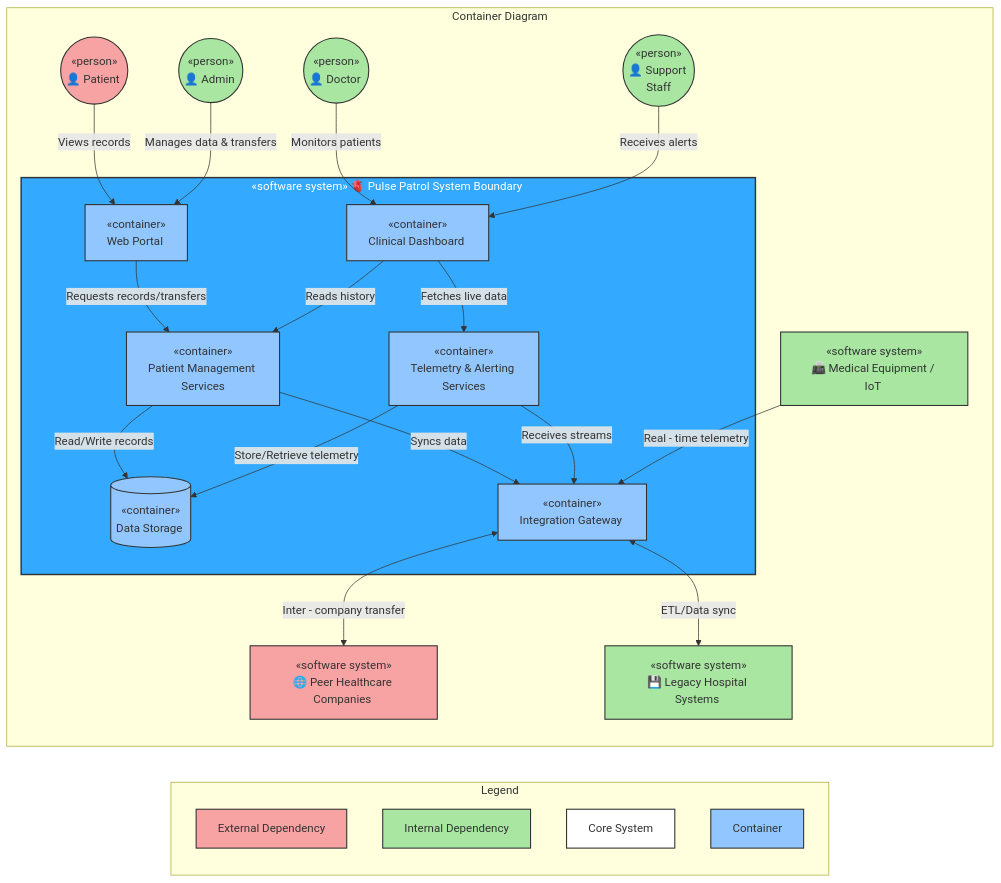
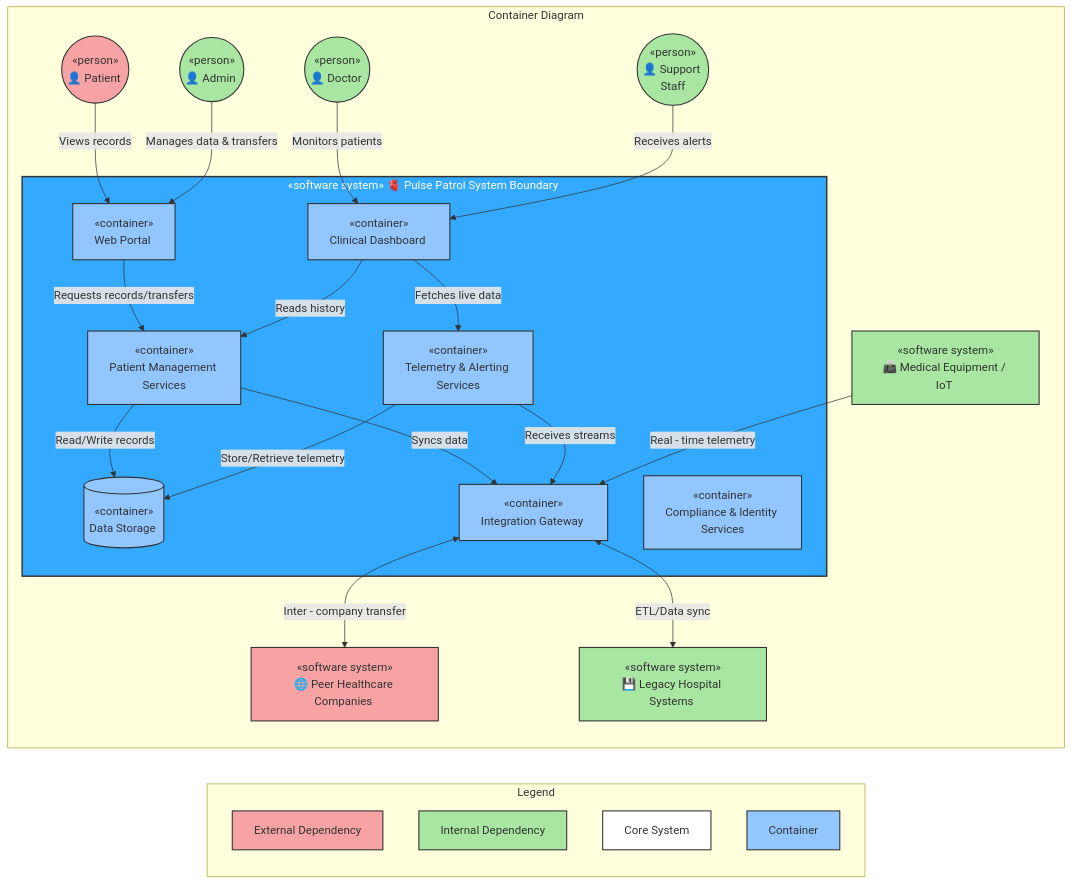
The third of 14 diagrams in docs/ARD-v3.1-rfc.md (iugori/pulse-patrol), drawn with Mermaid before and after one commit. The commit also changed other lines of this file and 4 other files, not shown here.

Commit message:
hw3: container communication diagram

````diff
--- a/docs/ARD-v3.1-rfc.md
+++ b/docs/ARD-v3.1-rfc.md
@@ -442,58 +447,60 @@
 ```mermaid
 graph TB
     classDef depExt fill: #f8a3a3, stroke: #333, stroke-width: 1.5px;
     classDef depInt fill: #a8e6a1, stroke: #333, stroke-width: 1.5px;
     classDef theSys fill: white, stroke: #333, stroke-width: 1.5px;
     classDef container fill: #92c6ff, stroke: #333, stroke-width: 1.5px;
+%%-
     subgraph Legend [Legend]
         direction TB
         L1["External Dependency"]:::depExt
         L2["Internal Dependency"]:::depInt
         L3["Core System"]:::theSys
         L4["Container"]:::container
     end
     Diagram ~~~ Legend
+%%-
     subgraph Diagram ["Container Diagram"]
         direction TB
         Patient(("«person»<br/>👤 Patient&nbsp;")):::depExt
         Admin(("«person»<br/>👤 Admin&nbsp;")):::depInt
         Doctor(("«person»<br/>👤 Doctor&nbsp;")):::depInt
         Support(("«person»<br/>👤 Support&nbsp;<br/>Staff")):::depInt
 
         subgraph Pulse_Patrol_System ["«software system» 🫀 Pulse Patrol System Boundary&nbsp;"]
             Portal["«container»<br/>Web Portal&nbsp;"]:::container
             Dashboard["«container»<br/>Clinical Dashboard&nbsp;"]:::container
             PMS["«container»<br/>Patient Management&nbsp;<br/>Services"]:::container
             TAS["«container»<br/>Telemetry & Alerting&nbsp;<br/>Services"]:::container
             Storage[("«container»<br/>Data Storage&nbsp;")]:::container
             Gateway["«container»<br/>Integration Gateway&nbsp;"]:::container
+            CIS["«container»<br/>Compliance & Identity&nbsp;<br/>Services"]:::container
         end
 
         Peer["«software system»<br/>🌐 Peer Healthcare Companies&nbsp;"]:::depExt
         Equipment["«software system»<br/>📠 Medical Equipment / IoT&nbsp;"]:::depInt
         Legacy["«software system»<br/>💾 Legacy Hospital Systems&nbsp;"]:::depInt
     end
 %% User Interactions
     Patient -->|Views records| Portal
     Admin -->|Manages data & transfers| Portal
     Doctor -->|Monitors patients| Dashboard
     Support -->|Receives alerts| Dashboard
 %% Internal Routing
     Portal -->|Requests records/transfers| PMS
     Dashboard -->|Fetches live data| TAS
     Dashboard -->|Reads history| PMS
 %% Core Logic to Storage
     PMS -->|Read/Write records| Storage
     TAS -->|Store/Retrieve telemetry| Storage
 %% Integration Logic
     PMS -->|Syncs data| Gateway
     TAS -->|Receives streams| Gateway
 %% External System Connections
     Gateway <-->|Inter - company transfer| Peer
     Equipment -->|Real - time telemetry| Gateway
     Gateway <-->|ETL/Data sync| Legacy
 %% Grouping Styling
     class Pulse_Patrol_System theSys
     style Pulse_Patrol_System fill: #33aaff, color: #fff, stroke: #333, stroke-width: 2px
-
 ```
````
